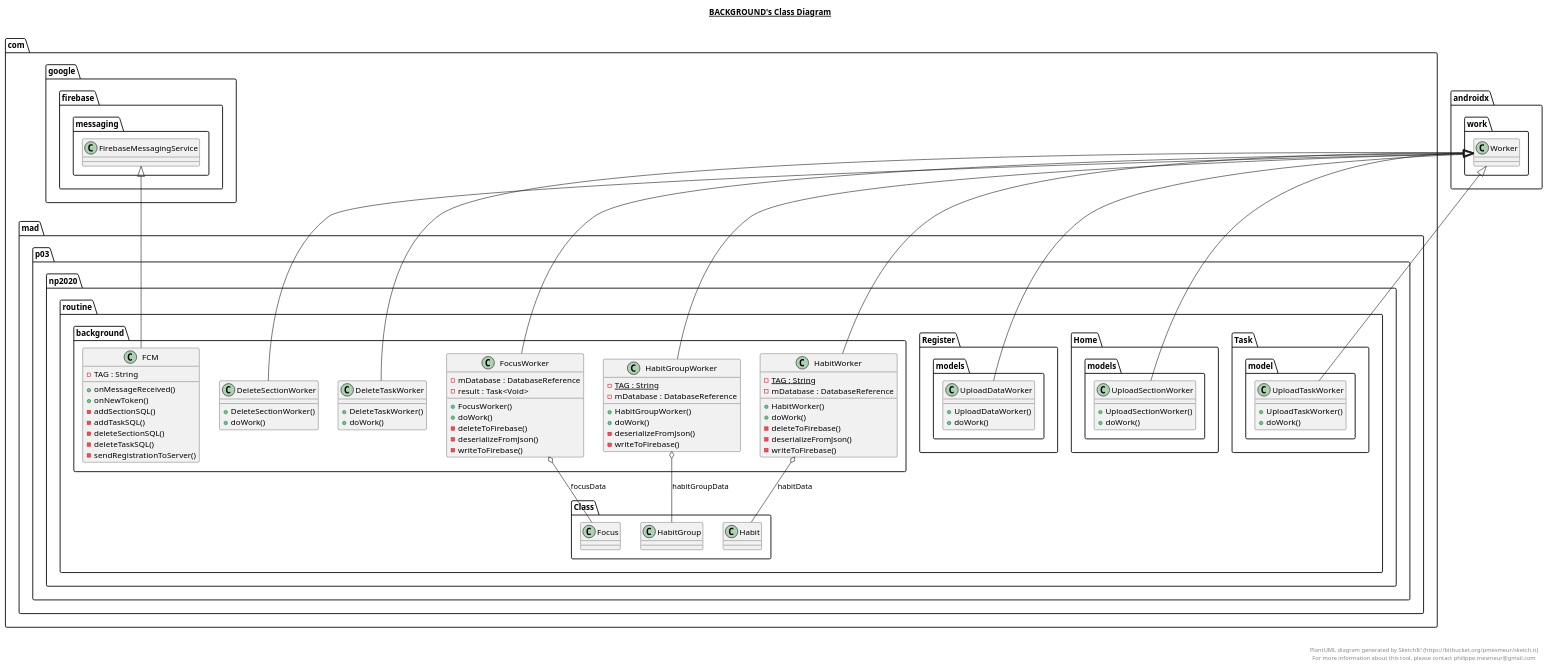
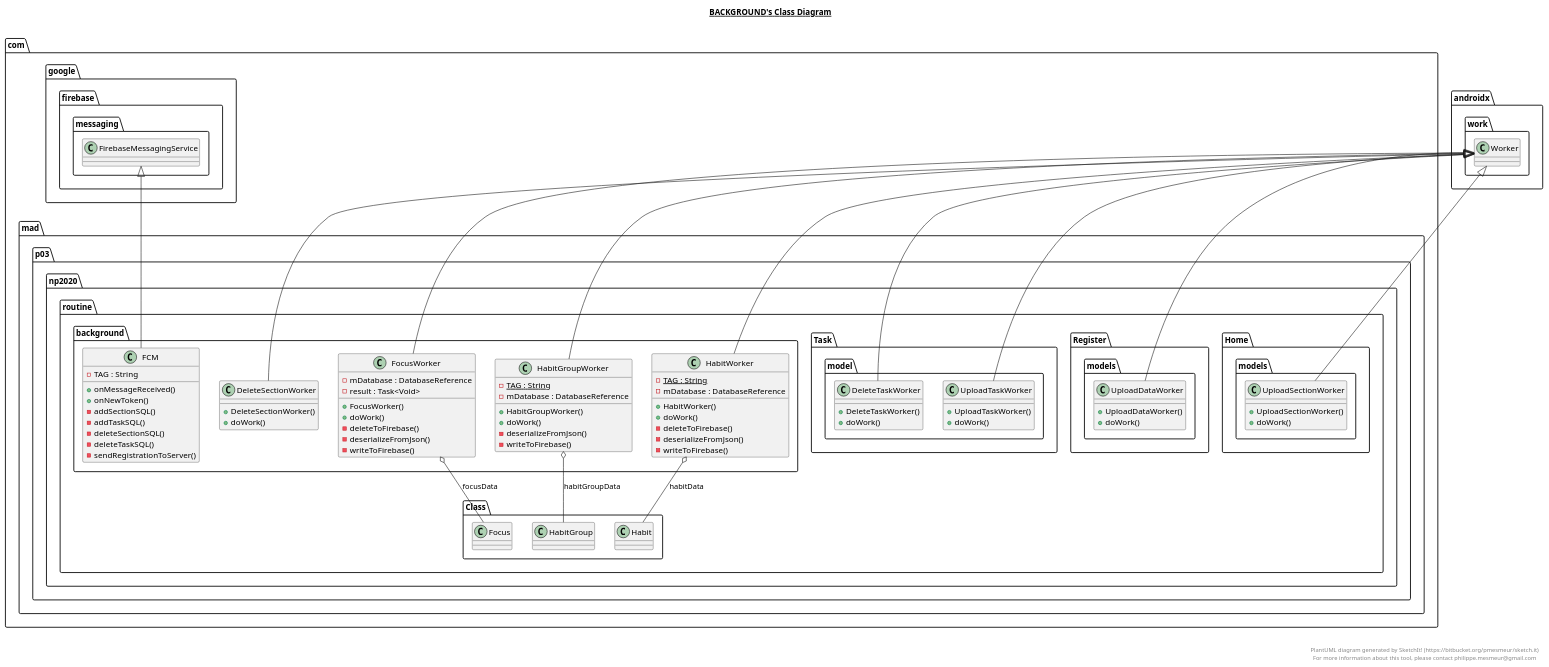
One commit to AppDevIn/Routine changed the diagram in app/src/main/java/com/mad/p03/np2020/routine/background/background.plantuml. Above: the diagram before and after it, drawn with PlantUML. The commit also changed 8 other files, not shown here.

```diff
--- a/app/src/main/java/com/mad/p03/np2020/routine/background/background.plantuml
+++ b/app/src/main/java/com/mad/p03/np2020/routine/background/background.plantuml
@@ -1,136 +1,136 @@
 @startuml
 
 title __BACKGROUND's Class Diagram__\n
 
   namespace com.mad.p03.np2020.routine {
     namespace background {
       class com.mad.p03.np2020.routine.background.DeleteSectionWorker {
           + DeleteSectionWorker()
           + doWork()
       }
     }
   }
   
 
   namespace com.mad.p03.np2020.routine {
     namespace background {
-      class com.mad.p03.np2020.routine.background.DeleteTaskWorker {
+      class com.mad.p03.np2020.routine.Task.model.DeleteTaskWorker {
           + DeleteTaskWorker()
           + doWork()
       }
     }
   }
   
 
   namespace com.mad.p03.np2020.routine {
     namespace background {
       class com.mad.p03.np2020.routine.background.FCM {
           - TAG : String
           + onMessageReceived()
           + onNewToken()
           - addSectionSQL()
           - addTaskSQL()
           - deleteSectionSQL()
           - deleteTaskSQL()
           - sendRegistrationToServer()
       }
     }
   }
   
 
   namespace com.mad.p03.np2020.routine {
     namespace background {
       class com.mad.p03.np2020.routine.background.FocusWorker {
           - mDatabase : DatabaseReference
           - result : Task<Void>
           + FocusWorker()
           + doWork()
           - deleteToFirebase()
           - deserializeFromJson()
           - writeToFirebase()
       }
     }
   }
   
 
   namespace com.mad.p03.np2020.routine {
     namespace background {
       class com.mad.p03.np2020.routine.background.HabitGroupWorker {
           {static} - TAG : String
           - mDatabase : DatabaseReference
           + HabitGroupWorker()
           + doWork()
           - deserializeFromJson()
           - writeToFirebase()
       }
     }
   }
   
 
   namespace com.mad.p03.np2020.routine {
     namespace background {
       class com.mad.p03.np2020.routine.background.HabitWorker {
           {static} - TAG : String
           - mDatabase : DatabaseReference
           + HabitWorker()
           + doWork()
           - deleteToFirebase()
           - deserializeFromJson()
           - writeToFirebase()
       }
     }
   }
   
 
   namespace com.mad.p03.np2020.routine {
     namespace background {
       class com.mad.p03.np2020.routine.Register.models.UploadDataWorker {
           + UploadDataWorker()
           + doWork()
       }
     }
   }
   
 
   namespace com.mad.p03.np2020.routine {
     namespace background {
       class com.mad.p03.np2020.routine.Home.models.UploadSectionWorker {
           + UploadSectionWorker()
           + doWork()
       }
     }
   }
   
 
   namespace com.mad.p03.np2020.routine {
     namespace background {
       class com.mad.p03.np2020.routine.Task.model.UploadTaskWorker {
           + UploadTaskWorker()
           + doWork()
       }
     }
   }
   
 
   com.mad.p03.np2020.routine.background.DeleteSectionWorker -up-|> androidx.work.Worker
-  com.mad.p03.np2020.routine.background.DeleteTaskWorker -up-|> androidx.work.Worker
+  com.mad.p03.np2020.routine.Task.model.DeleteTaskWorker -up-|> androidx.work.Worker
   com.mad.p03.np2020.routine.background.FCM -up-|> com.google.firebase.messaging.FirebaseMessagingService
   com.mad.p03.np2020.routine.background.FocusWorker -up-|> androidx.work.Worker
   com.mad.p03.np2020.routine.background.FocusWorker o-- com.mad.p03.np2020.routine.Class.Focus : focusData
   com.mad.p03.np2020.routine.background.HabitGroupWorker -up-|> androidx.work.Worker
   com.mad.p03.np2020.routine.background.HabitGroupWorker o-- com.mad.p03.np2020.routine.Class.HabitGroup : habitGroupData
   com.mad.p03.np2020.routine.background.HabitWorker -up-|> androidx.work.Worker
   com.mad.p03.np2020.routine.background.HabitWorker o-- com.mad.p03.np2020.routine.Class.Habit : habitData
   com.mad.p03.np2020.routine.Register.models.UploadDataWorker -up-|> androidx.work.Worker
   com.mad.p03.np2020.routine.Home.models.UploadSectionWorker -up-|> androidx.work.Worker
   com.mad.p03.np2020.routine.Task.model.UploadTaskWorker -up-|> androidx.work.Worker
 
 
 right footer
 
 
 PlantUML diagram generated by SketchIt! (https://bitbucket.org/pmesmeur/sketch.it)
 For more information about this tool, please contact philippe.mesmeur@gmail.com
 endfooter
 
 @enduml
```
